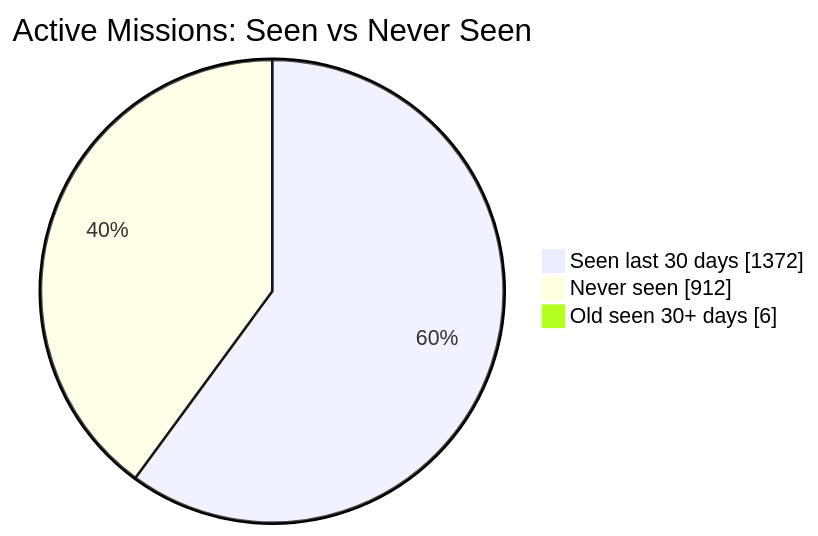
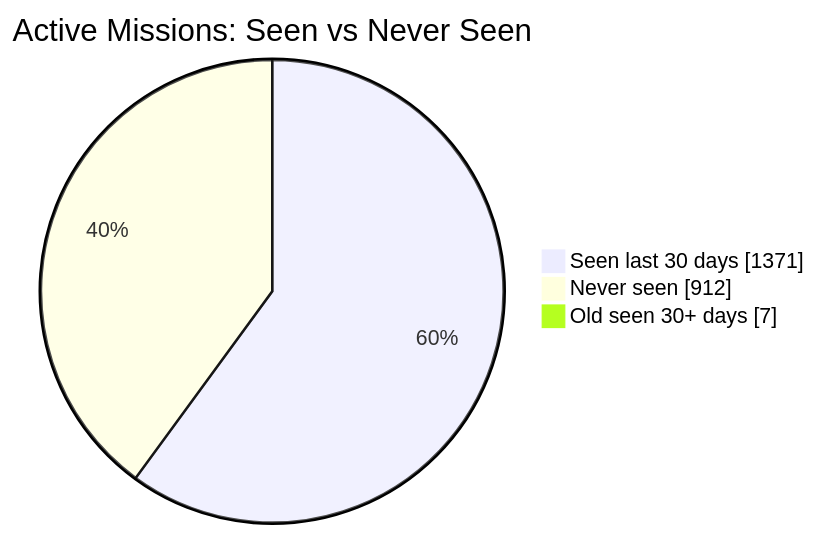
One commit to MeldkamerspelGameTeam/active-missions changed the first of 2 diagrams in README.md. Above: the diagram before and after it, drawn with Mermaid. The commit also changed other lines of this file and 3 other files, not shown here.

````diff
--- a/README.md
+++ b/README.md
@@ -34,7 +34,7 @@
 ```mermaid
 pie showData
     title Active Missions: Seen vs Never Seen
-    "Seen last 30 days" : 1372
+    "Seen last 30 days" : 1371
     "Never seen" : 912
-    "Old seen 30+ days" : 6
+    "Old seen 30+ days" : 7
 ```
````
